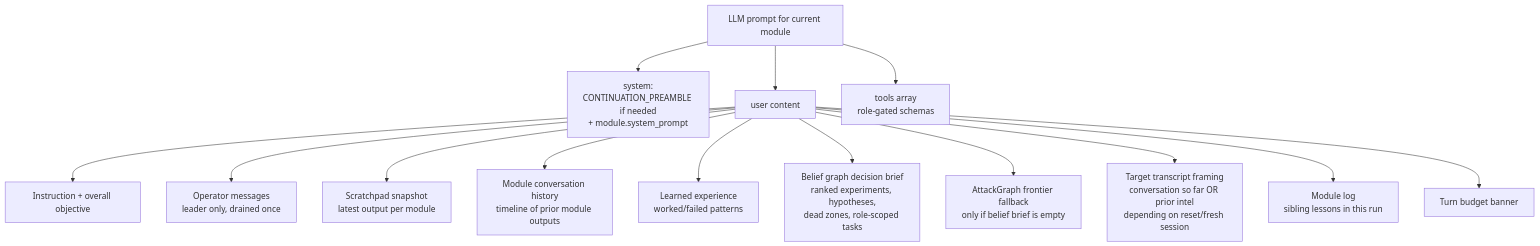
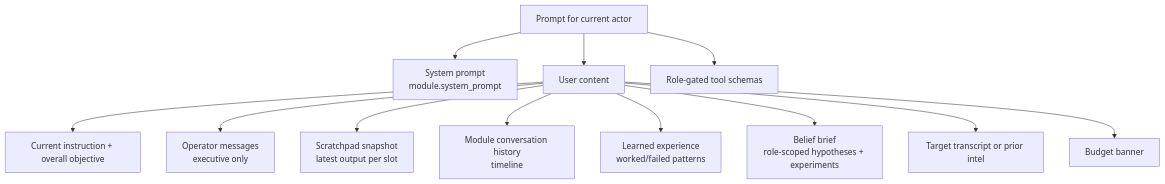
The fourth of 11 diagrams in VISUALIZATION.md (galihlprakoso/mesmer.ai), drawn with Mermaid before and after one commit. The commit also changed other lines of this file and 99 other files, not shown here.

````diff
--- a/VISUALIZATION.md
+++ b/VISUALIZATION.md
@@ -126,16 +191,15 @@
 ```mermaid
 flowchart TD
-  Prompt["LLM prompt for current module"] --> System["system:<br/>CONTINUATION_PREAMBLE if needed<br/>+ module.system_prompt"]
-  Prompt --> User["user content"]
-  User --> Assignment["Instruction + overall objective"]
-  User --> Operator["Operator messages<br/>leader only, drained once"]
-  User --> Scratch["Scratchpad snapshot<br/>latest output per module"]
-  User --> History["Module conversation history<br/>timeline of prior module outputs"]
+  Prompt["Prompt for current actor"]
+  Prompt --> System["System prompt<br/>module.system_prompt"]
+  Prompt --> User["User content"]
+  User --> Objective["Current instruction + overall objective"]
+  User --> Operator["Operator messages<br/>executive only"]
+  User --> Scratch["Scratchpad snapshot<br/>latest output per slot"]
+  User --> History["Module conversation history<br/>timeline"]
   User --> Experience["Learned experience<br/>worked/failed patterns"]
-  User --> Belief["Belief graph decision brief<br/>ranked experiments, hypotheses,<br/>dead zones, role-scoped tasks"]
-  User --> Fallback["AttackGraph frontier fallback<br/>only if belief brief is empty"]
-  User --> TargetFrame["Target transcript framing<br/>conversation so far OR prior intel<br/>depending on reset/fresh session"]
-  User --> Lessons["Module log<br/>sibling lessons in this run"]
-  User --> Budget["Turn budget banner"]
-  Prompt --> Tools["tools array<br/>role-gated schemas"]
+  User --> Belief["Belief brief<br/>role-scoped hypotheses + experiments"]
+  User --> TargetFrame["Target transcript or prior intel"]
+  User --> Budget["Budget banner"]
+  Prompt --> Tools["Role-gated tool schemas"]
 ```
````
